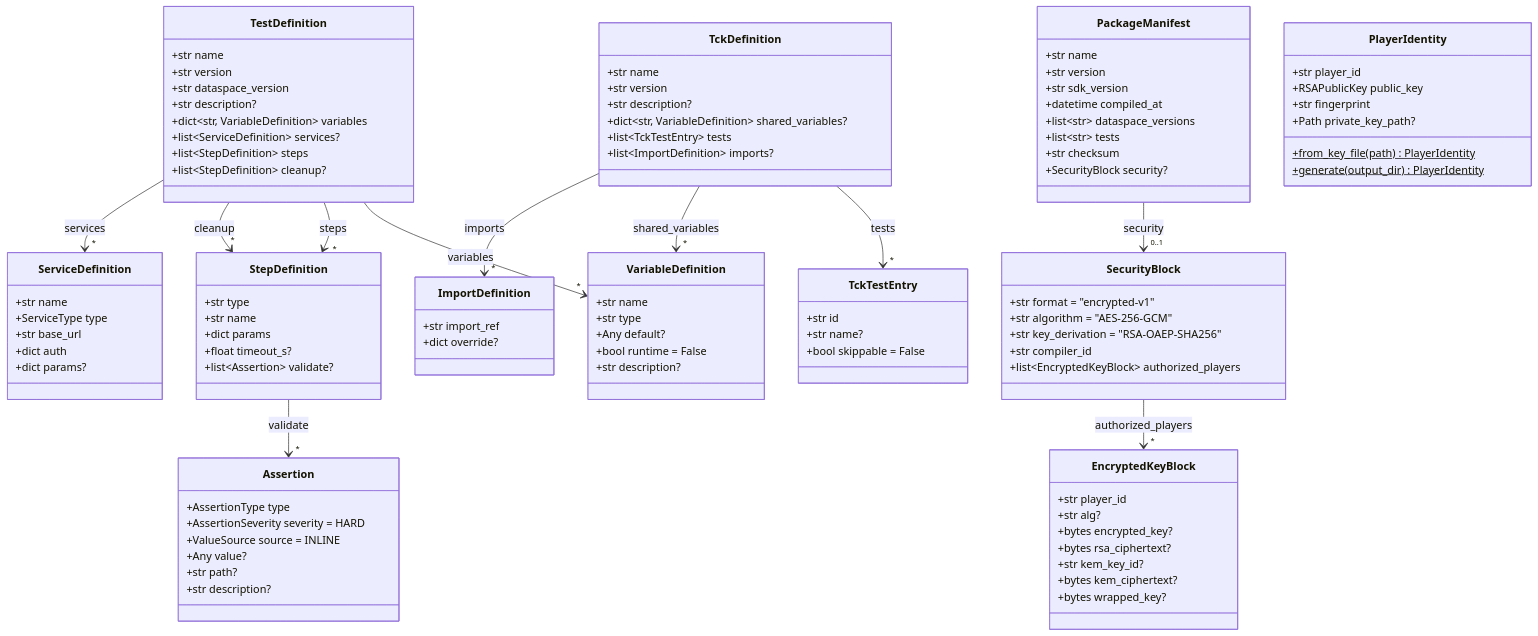
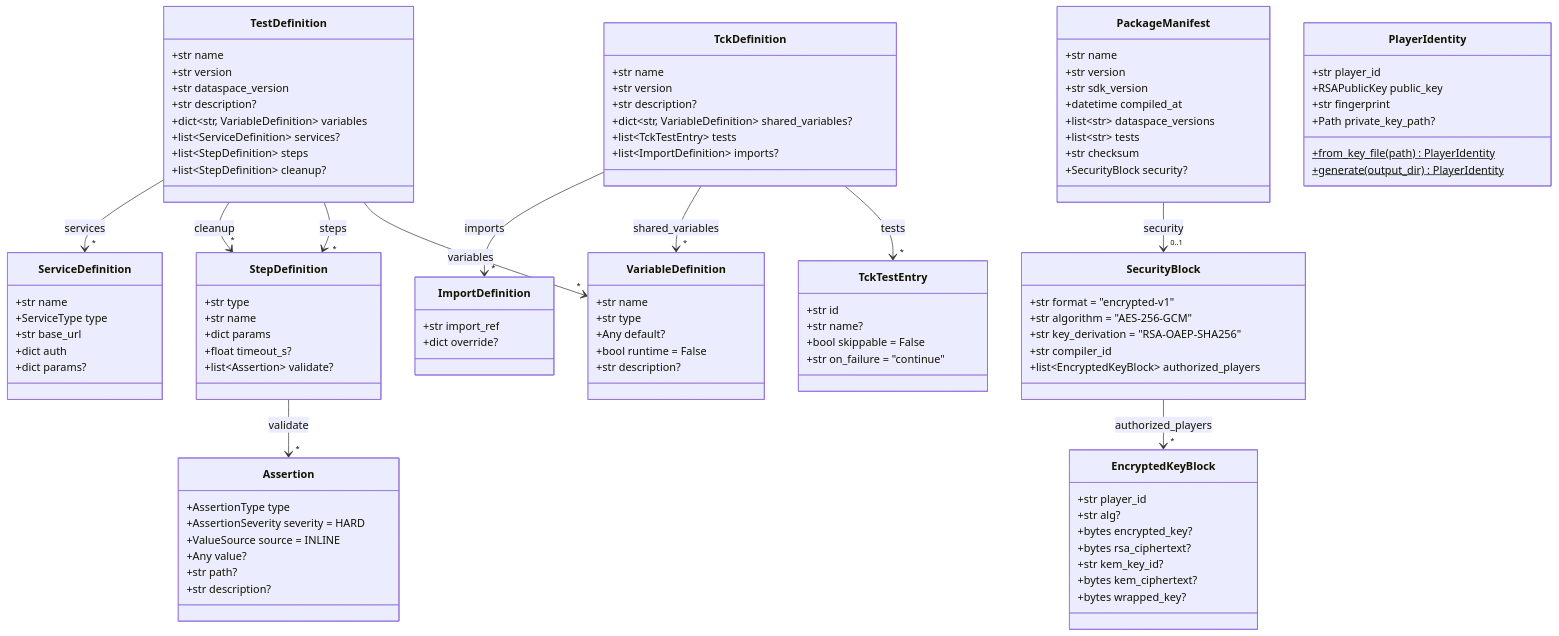
One commit to eclipse-tractusx/tractusx-testlab changed the first of 8 diagrams in docs/specification/specification/data-models.md. Above: the diagram before and after it, drawn with Mermaid. The commit also changed other lines of this file and 28 other files, not shown here.

```diff
--- a/docs/specification/specification/data-models.md
+++ b/docs/specification/specification/data-models.md
@@ -90,6 +90,7 @@
         +str id
         +str name?
         +bool skippable = False
+        +str on_failure = "continue"
     }
 
     class TckDefinition {
```
